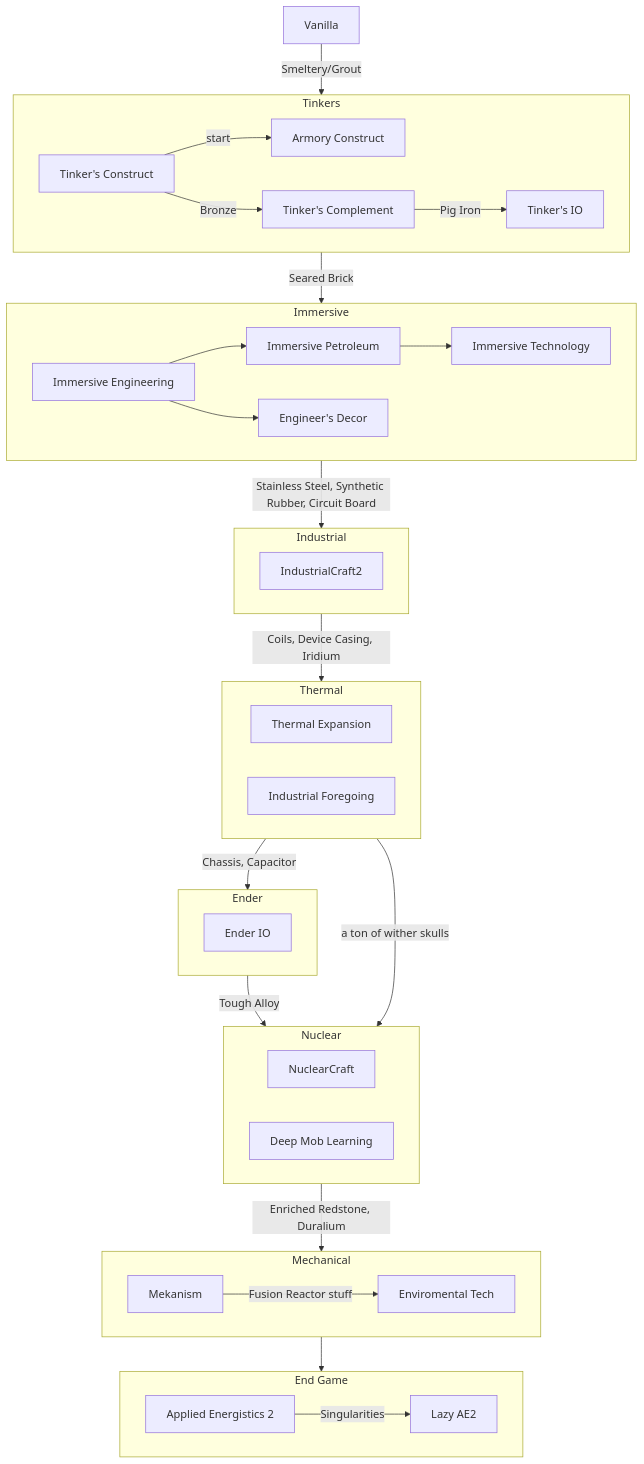
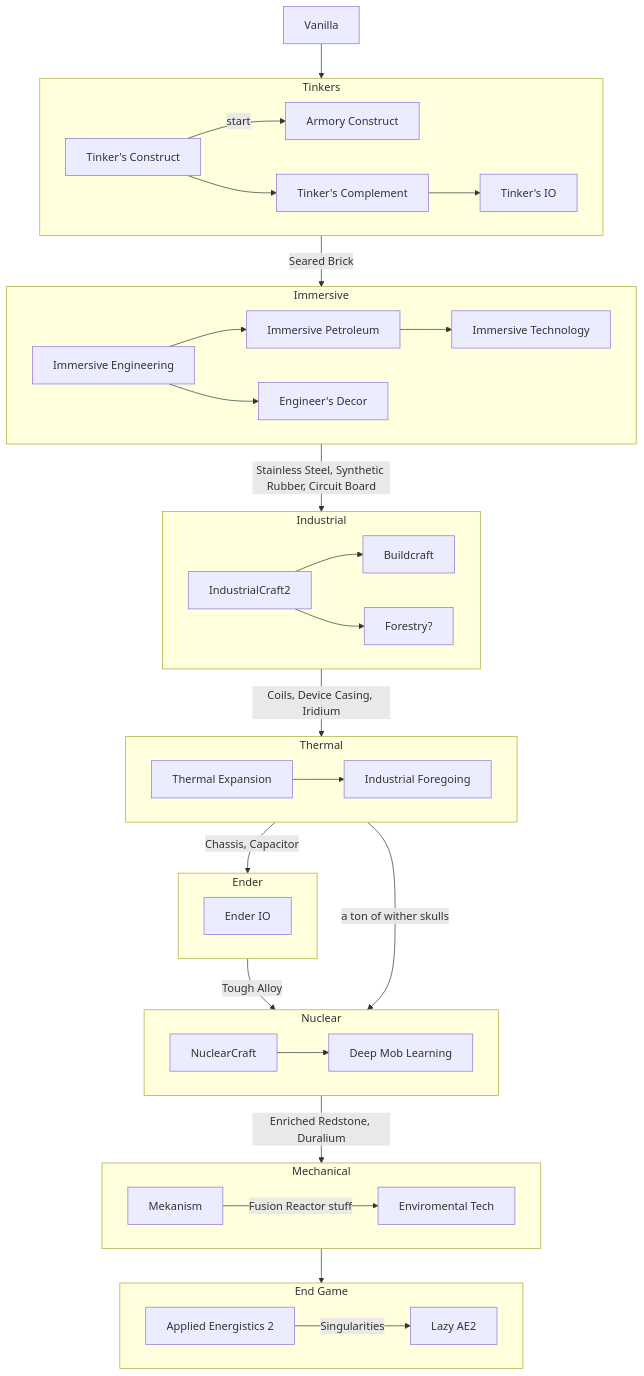
One commit to bigyihsuan/progression-pack changed the diagram in docs/mod-progression.md. Above: the diagram before and after it, drawn with Mermaid. The commit also changed 39 other files, not shown here.

````diff
--- a/docs/mod-progression.md
+++ b/docs/mod-progression.md
@@ -3,65 +3,70 @@
 ```mermaid
 flowchart TB
 VAN[Vanilla]
 subgraph TICS [Tinkers]
 direction LR
 TC[Tinker's Construct]
 AC[Armory Construct]
 TIO[Tinker's IO]
 TCM[Tinker's Complement]
 end
 subgraph IMMR [Immersive]
 direction LR
 IE[Immersive Engineering]
 IP[Immersive Petroleum]
 IT[Immersive Technology]
 ED[Engineer's Decor]
 end
 subgraph INDS [Industrial]
 direction LR
 IC2[IndustrialCraft2]
+BC[Buildcraft]
+FOR[Forestry?]
 end
 subgraph COFH [Thermal]
 direction LR
 TE[Thermal Expansion]
 IF[Industrial Foregoing]
 end
 subgraph ENDR [Ender]
 direction LR
 EIO[Ender IO]
 end
 subgraph NUCC [Nuclear]
 direction LR
 NUC[NuclearCraft]
 DML[Deep Mob Learning]
 end
 subgraph MECH [Mechanical]
 direction LR
 MEK[Mekanism]
 ENV[Enviromental Tech]
 end
 subgraph END [End Game]
 direction LR
 AE2[Applied Energistics 2]
 LAE[Lazy AE2]
 end
 
-VAN -- Smeltery/Grout --> TICS
+VAN --> TICS
 TICS -- Seared Brick --> IMMR
 TC -- start --> AC
 IE --> IP --> IT
 IE --> ED
 IMMR -- Stainless Steel, Synthetic Rubber, Circuit Board --> INDS
 INDS -- Coils, Device Casing, Iridium --> COFH
 COFH -- Chassis, Capacitor --> ENDR
 ENDR -- Tough Alloy --> NUCC
 NUCC -- Enriched Redstone, Duralium --> MECH
 MECH --> END
 
 %% sidegrades
-TC -- Bronze --> TCM
-TCM -- Pig Iron --> TIO
-MEK --Fusion Reactor stuff--> ENV
+TC --> TCM
+TCM --> TIO
+IC2 --> BC & FOR
+TE --> IF
+MEK -- Fusion Reactor stuff--> ENV
 IF -- a ton of wither skulls --> DML
+NUC --> DML
 AE2 --Singularities-->LAE
 ```
````
